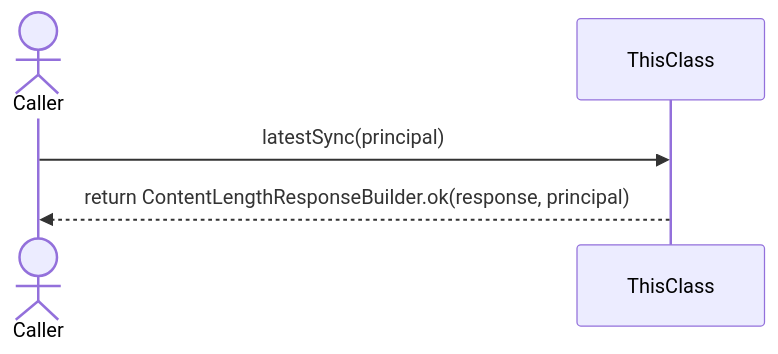
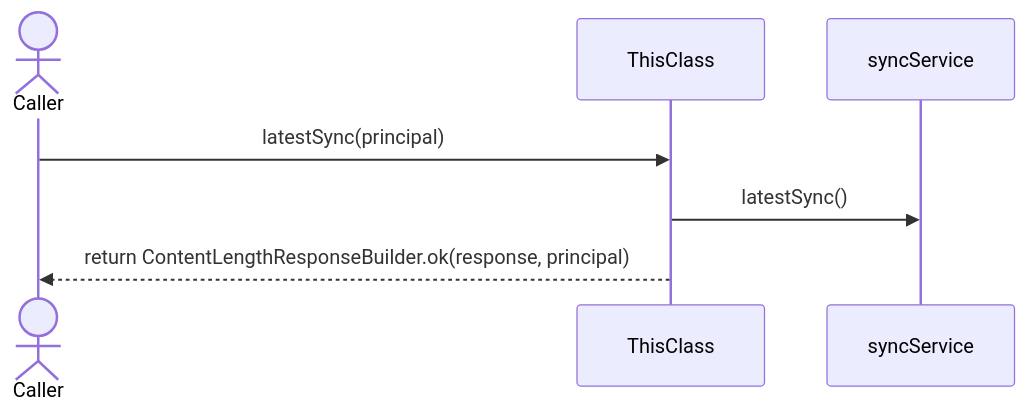
Before and after one commit to FelipeMCassiano/geanky: the fifth of 6 diagrams in docs/BoatSyncController.md, drawn with Mermaid. The commit also changed other lines of this file and 18 other files, not shown here.

````diff
--- a/docs/BoatSyncController.md
+++ b/docs/BoatSyncController.md
@@ -251,9 +227,11 @@
 ```mermaid
 sequenceDiagram
     actor Caller
     participant ThisClass
 
     Caller->>ThisClass: latestSync(principal)
+    participant syncService
+    ThisClass->>syncService: latestSync()
     ThisClass-->>Caller: return ContentLengthResponseBuilder.ok(response, principal)
 
 ```
````
